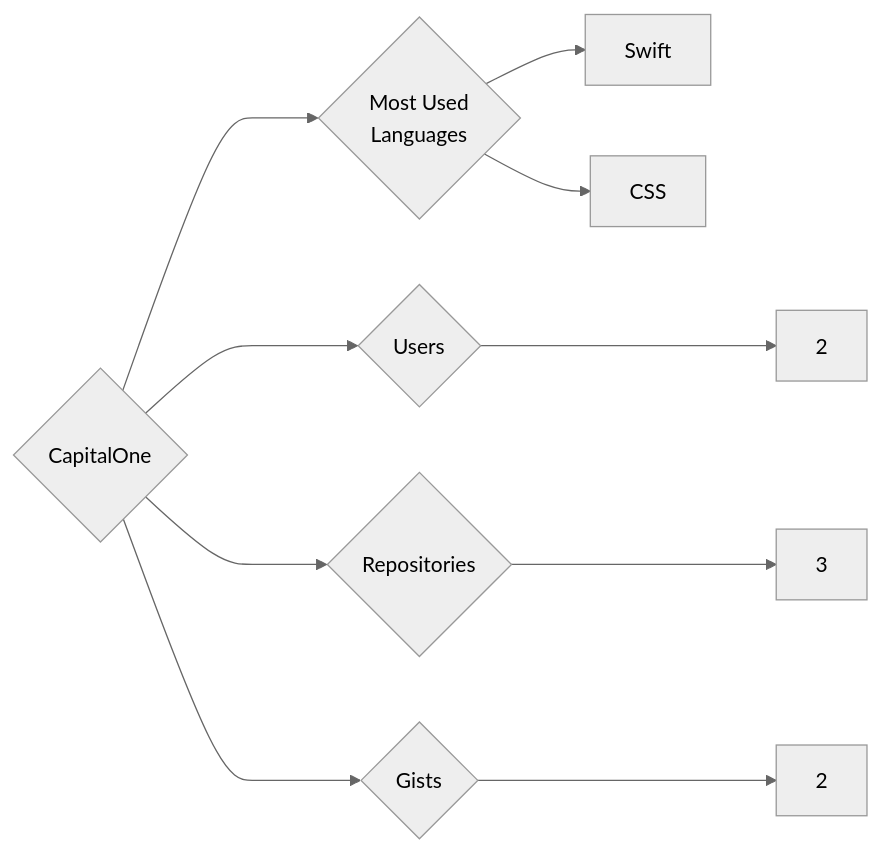
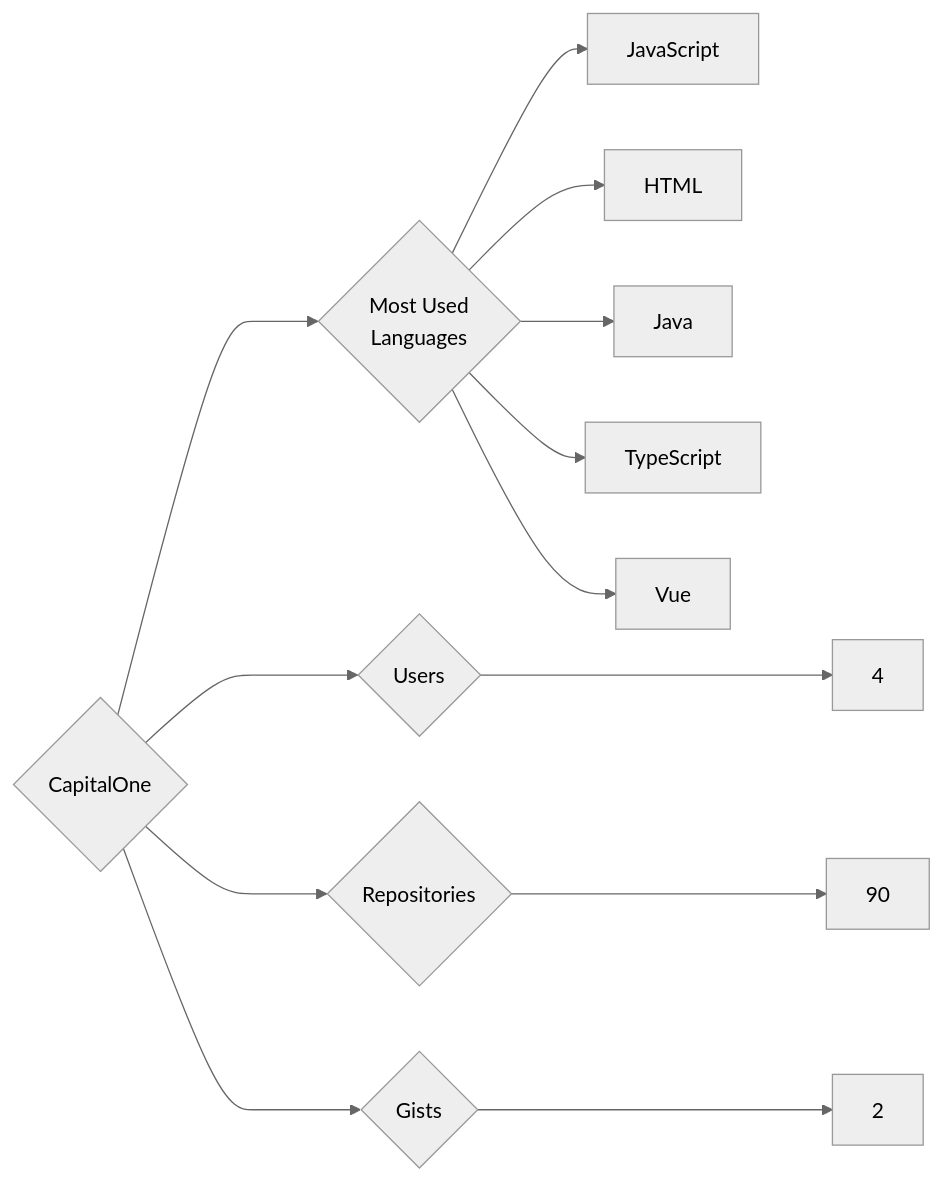
Before and after one commit to trickest/insiders: the diagram in targets/CapitalOne/README.md, drawn with Mermaid (neutral theme). The commit also changed 840 other files, not shown here.

````diff
--- a/targets/CapitalOne/README.md
+++ b/targets/CapitalOne/README.md
@@ -3,10 +3,13 @@
 ```mermaid
 graph LR
 COMPANY_NAME{CapitalOne}
-COMPANY_NAME ---> U{Users} ---> UN[2]
-COMPANY_NAME ---> R{Repositories} ---> RN[3]
+COMPANY_NAME ---> U{Users} ---> UN[4]
+COMPANY_NAME ---> R{Repositories} ---> RN[90]
 COMPANY_NAME ---> G{Gists} ---> GN[2]
 COMPANY_NAME ---> ML{Most Used<br>Languages}
-ML --> Swift[Swift]
-ML --> CSS[CSS]
+ML --> JavaScript[JavaScript]
+ML --> HTML[HTML]
+ML --> Java[Java]
+ML --> TypeScript[TypeScript]
+ML --> Vue[Vue]
 ```
````
